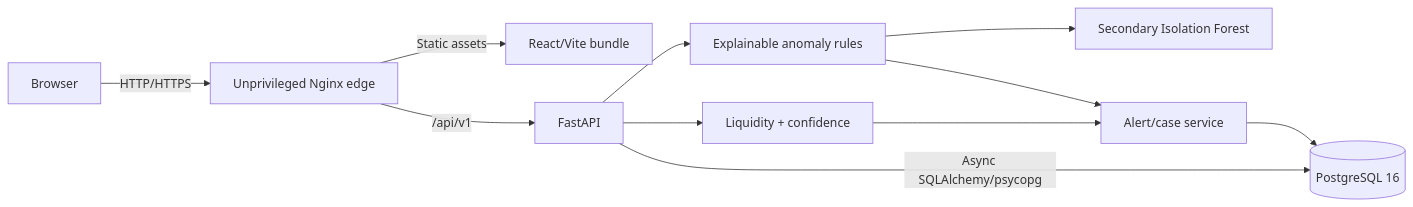
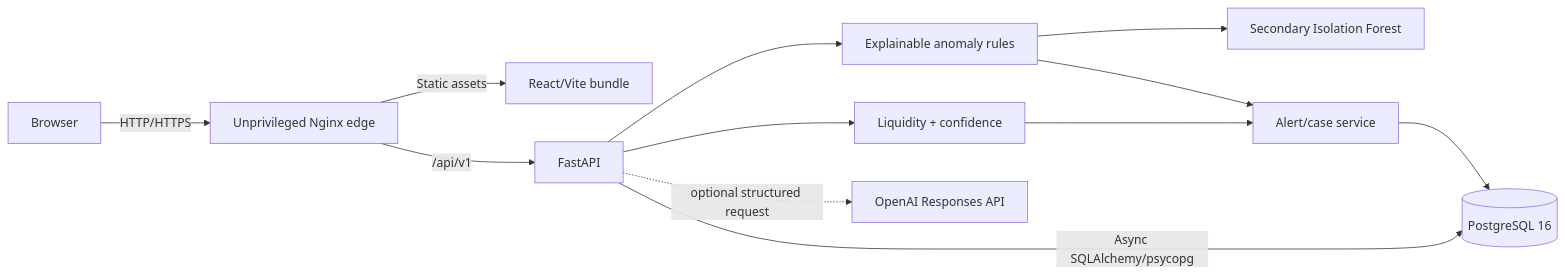
The diagram in docs/architecture.md (ado1d/Hackathon-VibeJS-Super-Agent-Liquidity), drawn with Mermaid before and after one commit. The commit also changed other lines of this file and 77 other files, not shown here.

````diff
--- a/docs/architecture.md
+++ b/docs/architecture.md
@@ -3,13 +3,14 @@
 ```mermaid
 flowchart LR
   Browser -->|HTTP/HTTPS| Edge[Unprivileged Nginx edge]
   Edge -->|Static assets| React[React/Vite bundle]
   Edge -->|/api/v1| API[FastAPI]
   API -->|Async SQLAlchemy/psycopg| DB[(PostgreSQL 16)]
   API --> Forecast[Liquidity + confidence]
   API --> Rules[Explainable anomaly rules]
+  API -. optional structured request .-> AI[OpenAI Responses API]
   Rules --> IF[Secondary Isolation Forest]
   Forecast --> Alerts[Alert/case service]
   Rules --> Alerts
   Alerts --> DB
 ```
````
